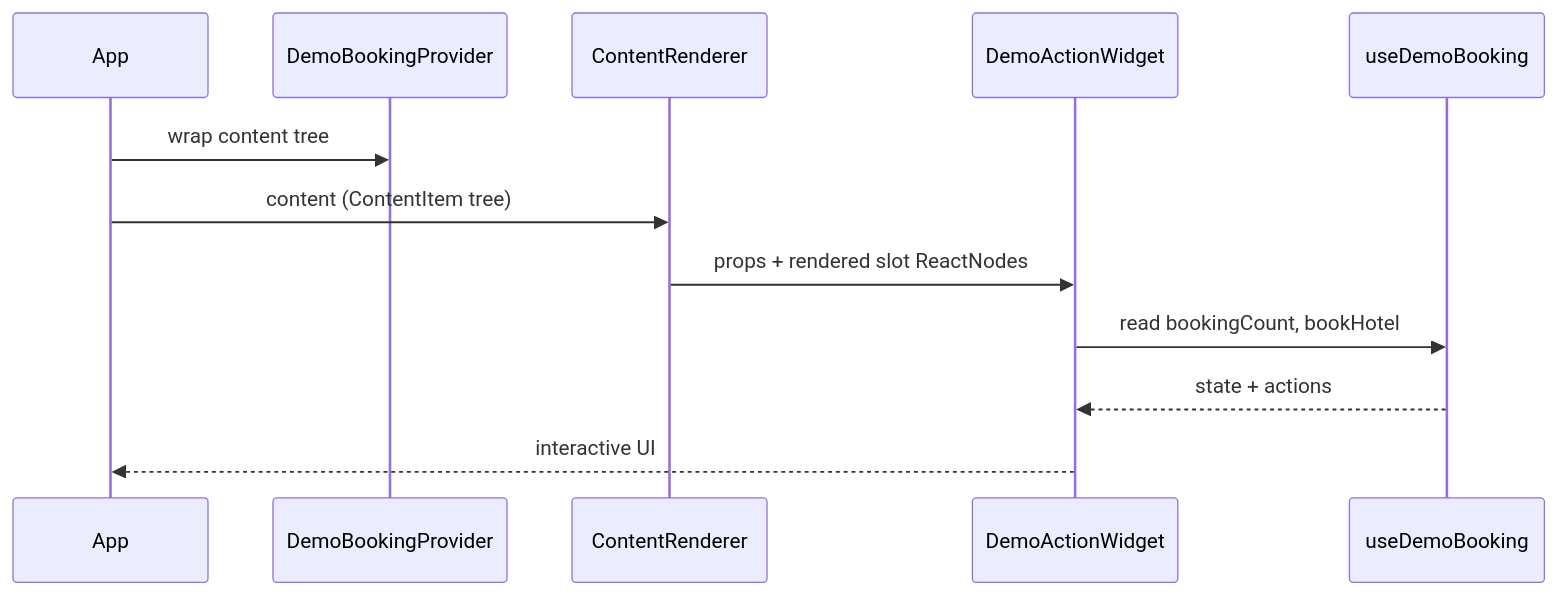
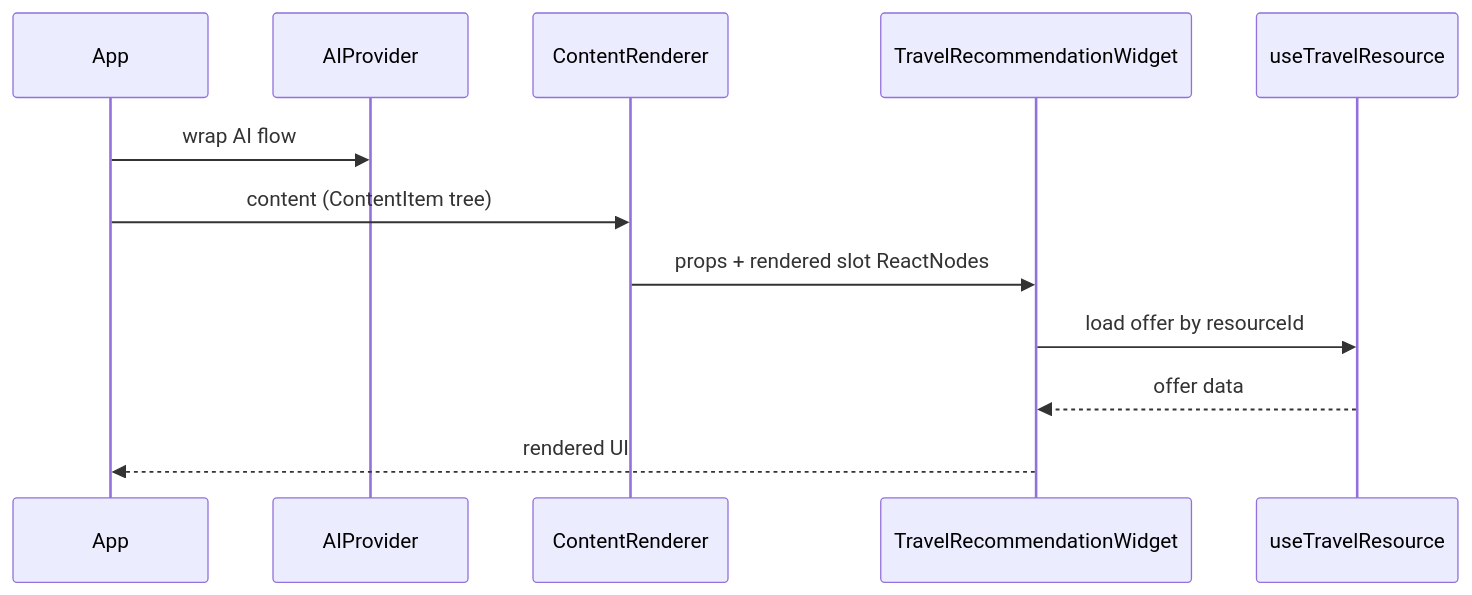
One commit to neetigyachahar/ghoomai changed the fifth of 5 diagrams in packages/widgets/ARCHITECTURE.md. Above: the diagram before and after it, drawn with Mermaid. The commit also changed other lines of this file and 63 other files, not shown here.

````diff
--- a/packages/widgets/ARCHITECTURE.md
+++ b/packages/widgets/ARCHITECTURE.md
@@ -347,15 +346,15 @@
 ```mermaid
 sequenceDiagram
   participant App
-  participant Provider as DemoBookingProvider
+  participant Provider as AIProvider
   participant Renderer as ContentRenderer
-  participant Widget as DemoActionWidget
-  participant Hook as useDemoBooking
+  participant Widget as TravelRecommendationWidget
+  participant Hook as useTravelResource
 
-  App->>Provider: wrap content tree
+  App->>Provider: wrap AI flow
   App->>Renderer: content (ContentItem tree)
   Renderer->>Widget: props + rendered slot ReactNodes
-  Widget->>Hook: read bookingCount, bookHotel
-  Hook-->>Widget: state + actions
-  Widget-->>App: interactive UI
+  Widget->>Hook: load offer by resourceId
+  Hook-->>Widget: offer data
+  Widget-->>App: rendered UI
 ```
````
